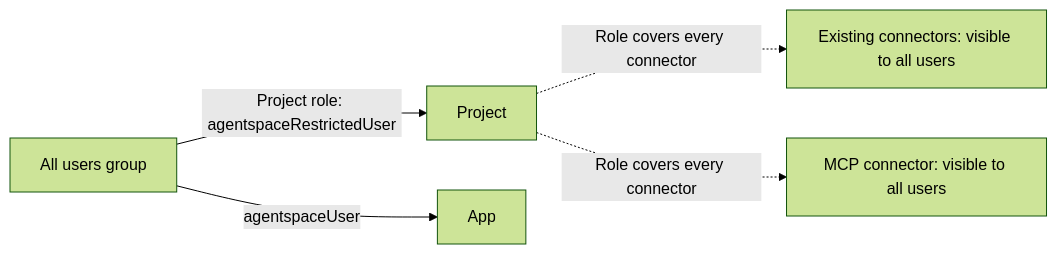
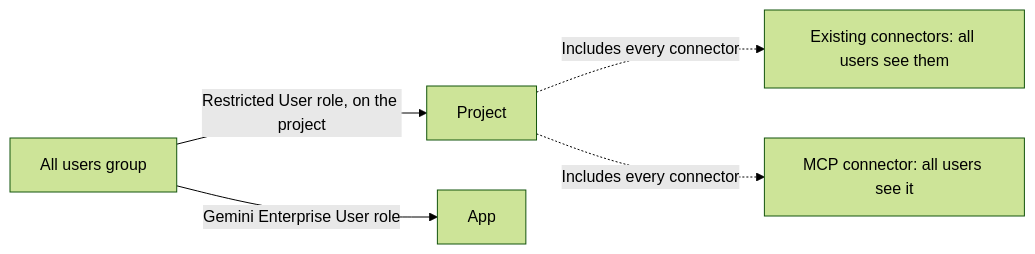
One commit to tohweizhong/agentic-demos changed the second of 4 diagrams in ge_utils/ge_connector_iam_test/README.md. Above: the diagram before and after it, drawn with Mermaid (forest theme). The commit also changed other lines of this file, not shown here.

First line of the commit message:
Make the connector IAM README clearer with key terms, tables, and diagrams

````diff
--- a/ge_utils/ge_connector_iam_test/README.md
+++ b/ge_utils/ge_connector_iam_test/README.md
@@ -54,7 +64,7 @@
 ```mermaid
 flowchart LR
-  AU["All users group"] -->|"Project role: agentspaceRestrictedUser"| PROJ["Project"]
-  AU -->|"agentspaceUser"| APP["App"]
-  PROJ -.->|"Role covers every connector"| EX["Existing connectors: visible to all users"]
-  PROJ -.->|"Role covers every connector"| MCP["MCP connector: visible to all users"]
+  AU["All users group"] -->|"Restricted User role, on the project"| PROJ["Project"]
+  AU -->|"Gemini Enterprise User role"| APP["App"]
+  PROJ -.->|"Includes every connector"| EX["Existing connectors: all users see them"]
+  PROJ -.->|"Includes every connector"| MCP["MCP connector: all users see it"]
 ```
````
